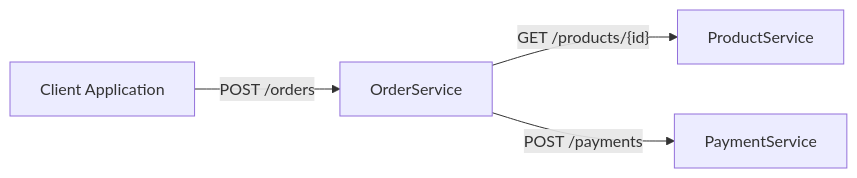
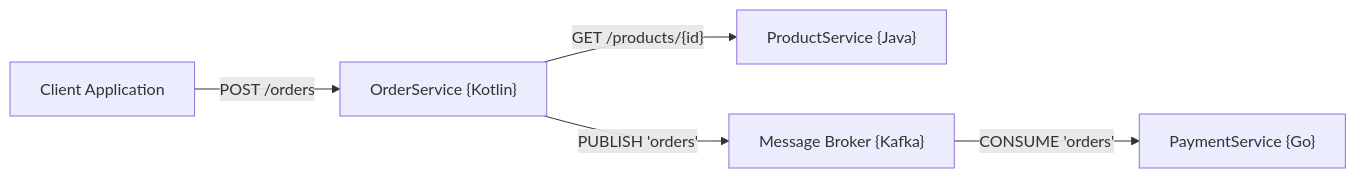
One commit to MarcinGargala/contract-tests changed the second of 3 diagrams in README.md. Above: the diagram before and after it, drawn with Mermaid. The commit also changed other lines of this file and 4 other files, not shown here.

Commit message:
- Significant improvement and progress on README - Finish diagrams of example application that will be implemented

````diff
--- a/README.md
+++ b/README.md
@@ -80,11 +106,13 @@
 ```mermaid
 flowchart LR
     Client[Client Application]
-    OrderService[OrderService]
-    PaymentService[PaymentService]
-    ProductService[ProductService]
+    OrderService["OrderService {Kotlin}"]
+    PaymentService["PaymentService {Go}"]
+    ProductService["ProductService {Java}"]
+    MessageBroker["Message Broker {Kafka}"]
 
     Client -->|POST /orders| OrderService
     OrderService -->|"GET /products/{id}"| ProductService
-    OrderService -->|POST /payments| PaymentService
+    OrderService -->|"PUBLISH 'orders'"| MessageBroker
+    MessageBroker -->|"CONSUME 'orders'"| PaymentService
 ```
````
